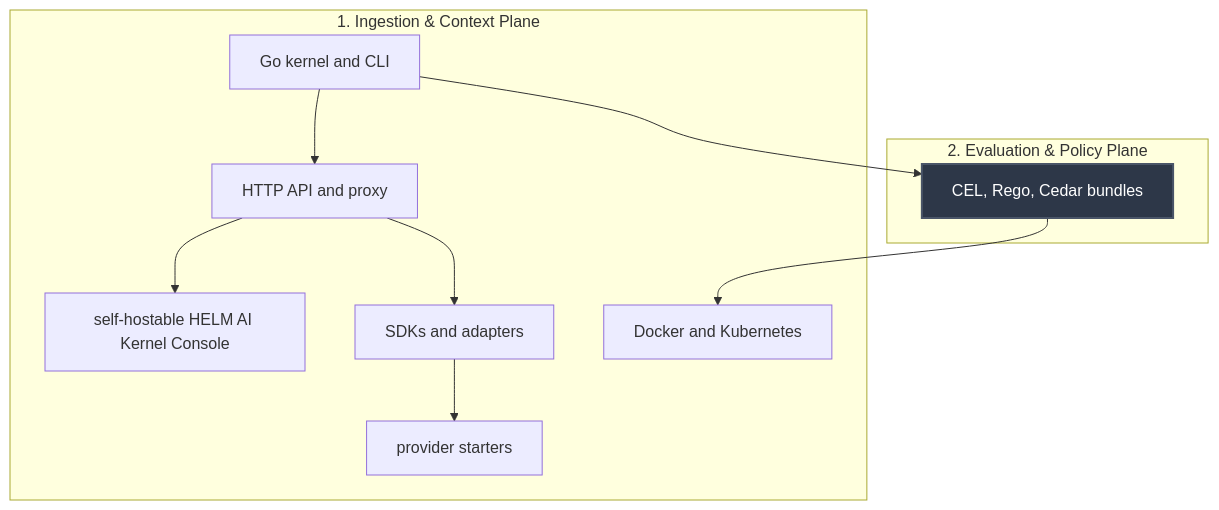
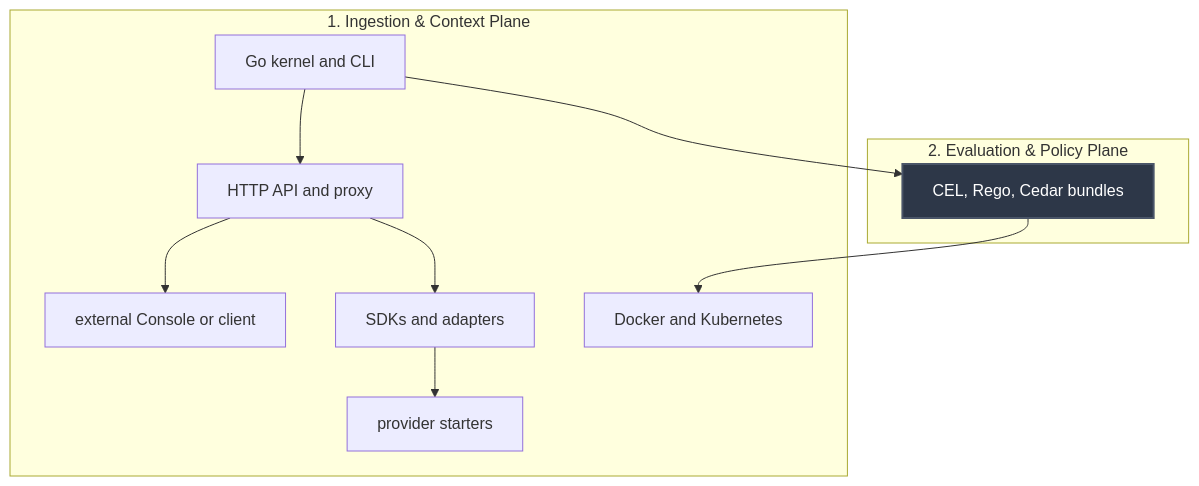
The diagram in docs/COMPATIBILITY.md (Mindburn-Labs/helm-ai-kernel), drawn with Mermaid before and after one commit. The commit also changed other lines of this file and 374 other files, not shown here.

````diff
--- a/docs/COMPATIBILITY.md
+++ b/docs/COMPATIBILITY.md
@@ -20,26 +20,26 @@
 ```mermaid
 flowchart TD
     subgraph Ingestion["1. Ingestion & Context Plane"]
         Kernel["Go kernel and CLI"]
         API["HTTP API and proxy"]
-        Console["self-hostable HELM AI Kernel Console"]
+        ExternalClient["external Console or client"]
         SDKs["SDKs and adapters"]
         Starters["provider starters"]
         Deploy["Docker and Kubernetes"]
     end
 
     subgraph Evaluation["2. Evaluation & Policy Plane"]
         Policy["CEL, Rego, Cedar bundles"]
     end
 
     %% Operational Flow Edges
     Kernel --> API
-    API --> Console
+    API --> ExternalClient
     API --> SDKs
     SDKs --> Starters
     Kernel --> Policy
     Policy --> Deploy
 
     %% Premium Styling Rules
     style Policy fill:#2d3748,stroke:#4a5568,stroke-width:2px,color:#fff
 ```
````
